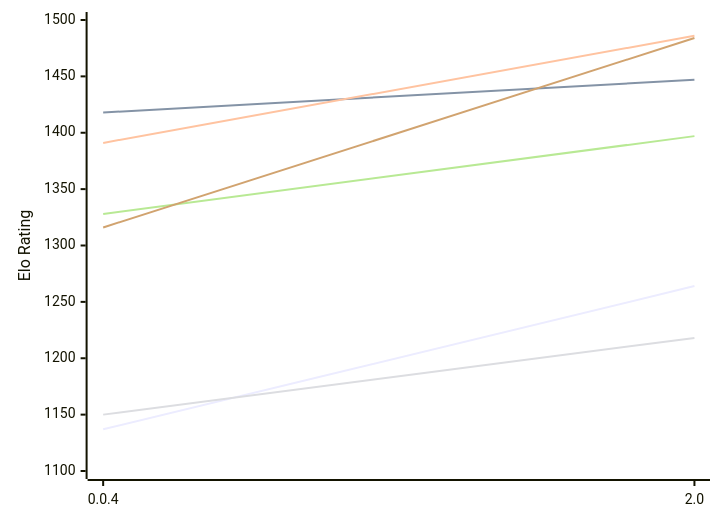
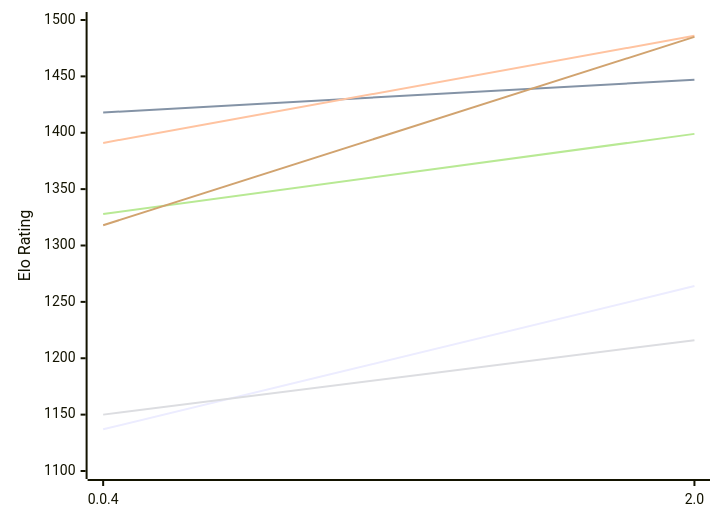
The first of 2 diagrams in engines/Oops!Mate.md (computer-chess-index/cci), drawn with Mermaid before and after one commit. The commit also changed other lines of this file, not shown here.

Commit message:
Update CCI Ratings (ELO VLTC) - 2026-11-26

````diff
--- a/engines/Oops!Mate.md
+++ b/engines/Oops!Mate.md
@@ -50,12 +50,12 @@
 ```mermaid
 %%{init: {"theme":"base","themeVariables":{"seriesColors:['#a3a3a3','#222221','#faa371']}}}%%
 xychart-beta
   x-axis ["0.0.4", "2.0"]
   y-axis "Elo Rating" 1100 --> 1500
   line "E1: STC (8.0+0.08s)" [1137, 1264]
   line "E1: LTC (60.0+0.60s)" [1418, 1447]
   line "E1: VLTC (2m24s+1.12s)" [1391, 1486]
-  line "P1: STC (8.0+0.08s)" [1150, 1218]
-  line "P1: LTC (60.0+0.60s)" [1328, 1397]
-  line "P1: VLTC (2m24s+1.12s)" [1316, 1484]
+  line "P1: STC (8.0+0.08s)" [1150, 1216]
+  line "P1: LTC (60.0+0.60s)" [1328, 1399]
+  line "P1: VLTC (2m24s+1.12s)" [1318, 1485]
 ```
````
